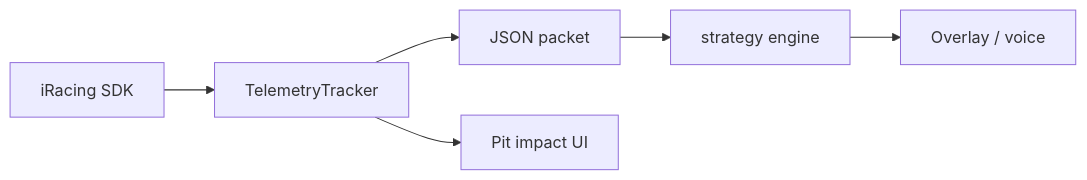
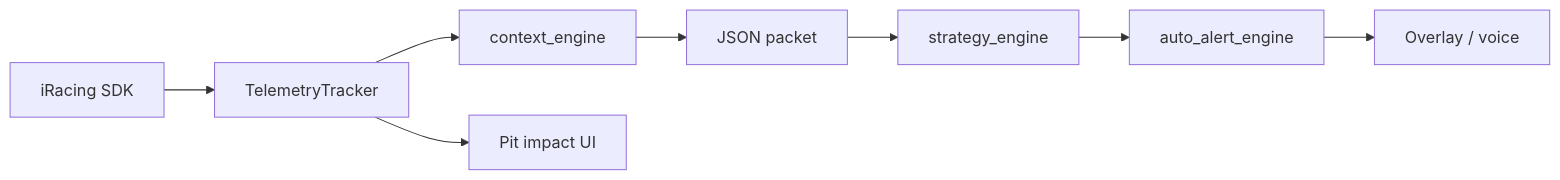
One commit to troyerl/ai-race-engineer changed the diagram in CALCULATIONS.md. Above: the diagram before and after it, drawn with Mermaid. The commit also changed other lines of this file and 5 other files, not shown here.

````diff
--- a/CALCULATIONS.md
+++ b/CALCULATIONS.md
@@ -24,8 +25,10 @@
 ```mermaid
 flowchart LR
   SDK[iRacing SDK] --> TT[TelemetryTracker]
-  TT --> PKT[JSON packet]
-  PKT --> SE[strategy engine]
-  SE --> UI[Overlay / voice]
+  TT --> CTX[context_engine]
+  CTX --> PKT[JSON packet]
+  PKT --> SE[strategy_engine]
+  SE --> AA[auto_alert_engine]
+  AA --> UI[Overlay / voice]
   TT --> PIT[Pit impact UI]
 ```
````
